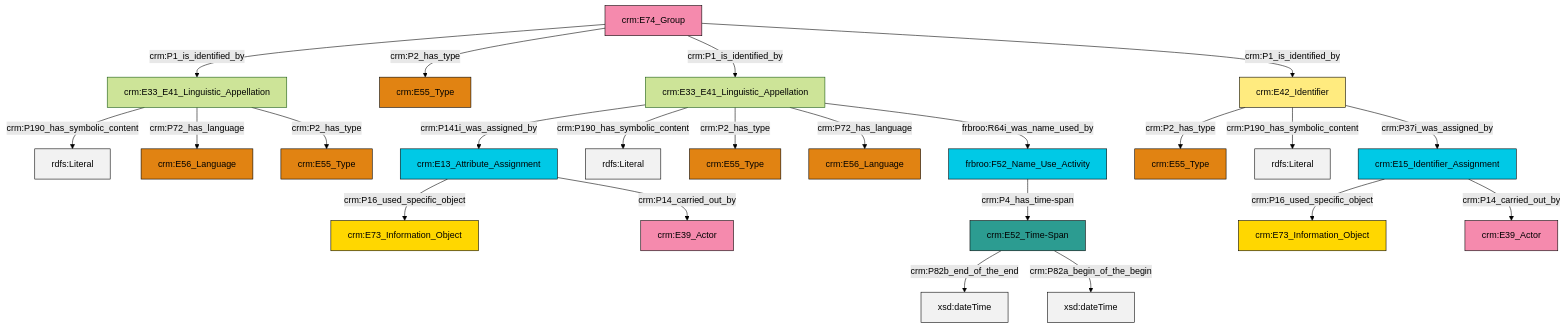
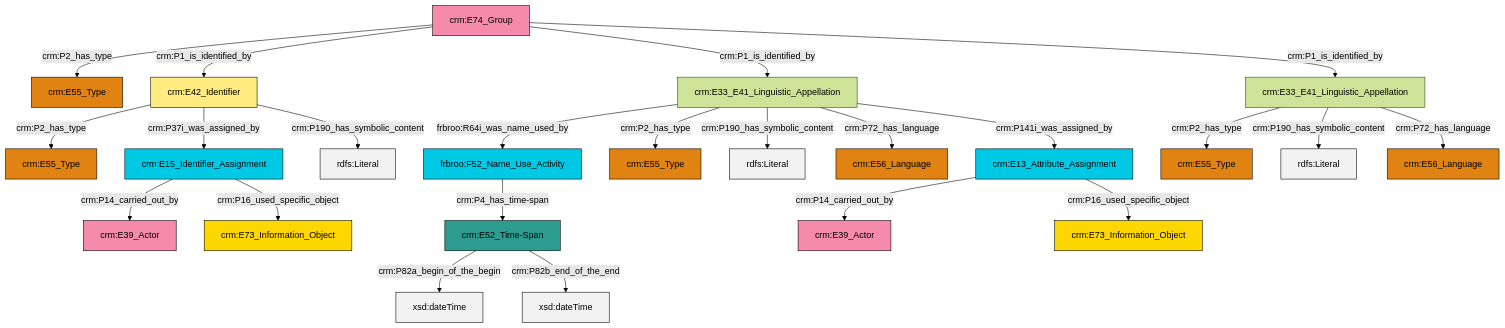
The diagram in et/groupCSV/ttl/mmd/group_name.ttl.mmd (swiss-art-research-net/docs.swissartresearch), drawn with Mermaid (forest theme) before and after one commit. The commit also changed 176 other files, not shown here.

```diff
--- a/et/groupCSV/ttl/mmd/group_name.ttl.mmd
+++ b/et/groupCSV/ttl/mmd/group_name.ttl.mmd
@@ -1,37 +1,37 @@
 graph TD
 classDef Literal fill:#f2f2f2,stroke:#000000;
 classDef CRM_Entity fill:#FFFFFF,stroke:#000000;
 classDef Temporal_Entity fill:#00C9E6, stroke:#000000;
 classDef Type fill:#E18312, stroke:#000000;
 classDef Time-Span fill:#2C9C91, stroke:#000000;
 classDef Appellation fill:#FFEB7F, stroke:#000000;
 classDef Place fill:#008836, stroke:#000000;
 classDef Persistent_Item fill:#B266B2, stroke:#000000;
 classDef Conceptual_Object fill:#FFD700, stroke:#000000;
 classDef Physical_Thing fill:#D2B48C, stroke:#000000;
 classDef Actor fill:#f58aad, stroke:#000000;
 classDef PC_Classes fill:#4ce600, stroke:#000000;
 classDef Multi fill:#cccccc,stroke:#000000;
 
-2["crm:E13_Attribute_Assignment"]:::Temporal_Entity -->|crm:P16_used_specific_object| 3["crm:E73_Information_Object"]:::Conceptual_Object
-17["crm:E33_E41_Linguistic_Appellation"]:::Default -->|crm:P190_has_symbolic_content| 18[rdfs:Literal]:::Literal
-19["crm:E33_E41_Linguistic_Appellation"]:::Default -->|crm:P141i_was_assigned_by| 2["crm:E13_Attribute_Assignment"]:::Temporal_Entity
-0["crm:E74_Group"]:::Actor -->|crm:P1_is_identified_by| 17["crm:E33_E41_Linguistic_Appellation"]:::Default
-0["crm:E74_Group"]:::Actor -->|crm:P2_has_type| 20["crm:E55_Type"]:::Type
-26["crm:E42_Identifier"]:::Appellation -->|crm:P2_has_type| 27["crm:E55_Type"]:::Type
-19["crm:E33_E41_Linguistic_Appellation"]:::Default -->|crm:P190_has_symbolic_content| 28[rdfs:Literal]:::Literal
-0["crm:E74_Group"]:::Actor -->|crm:P1_is_identified_by| 19["crm:E33_E41_Linguistic_Appellation"]:::Default
-26["crm:E42_Identifier"]:::Appellation -->|crm:P190_has_symbolic_content| 33[rdfs:Literal]:::Literal
-17["crm:E33_E41_Linguistic_Appellation"]:::Default -->|crm:P72_has_language| 11["crm:E56_Language"]:::Type
-19["crm:E33_E41_Linguistic_Appellation"]:::Default -->|crm:P2_has_type| 34["crm:E55_Type"]:::Type
-17["crm:E33_E41_Linguistic_Appellation"]:::Default -->|crm:P2_has_type| 13["crm:E55_Type"]:::Type
-9["crm:E15_Identifier_Assignment"]:::Temporal_Entity -->|crm:P16_used_specific_object| 4["crm:E73_Information_Object"]:::Conceptual_Object
-0["crm:E74_Group"]:::Actor -->|crm:P1_is_identified_by| 26["crm:E42_Identifier"]:::Appellation
-22["crm:E52_Time-Span"]:::Time-Span -->|crm:P82b_end_of_the_end| 36[xsd:dateTime]:::Literal
-7["frbroo:F52_Name_Use_Activity"]:::Temporal_Entity -->|crm:P4_has_time-span| 22["crm:E52_Time-Span"]:::Time-Span
-19["crm:E33_E41_Linguistic_Appellation"]:::Default -->|crm:P72_has_language| 31["crm:E56_Language"]:::Type
-9["crm:E15_Identifier_Assignment"]:::Temporal_Entity -->|crm:P14_carried_out_by| 24["crm:E39_Actor"]:::Actor
-19["crm:E33_E41_Linguistic_Appellation"]:::Default -->|frbroo:R64i_was_name_used_by| 7["frbroo:F52_Name_Use_Activity"]:::Temporal_Entity
-2["crm:E13_Attribute_Assignment"]:::Temporal_Entity -->|crm:P14_carried_out_by| 15["crm:E39_Actor"]:::Actor
-26["crm:E42_Identifier"]:::Appellation -->|crm:P37i_was_assigned_by| 9["crm:E15_Identifier_Assignment"]:::Temporal_Entity
-22["crm:E52_Time-Span"]:::Time-Span -->|crm:P82a_begin_of_the_begin| 41[xsd:dateTime]:::Literal
+2["crm:E42_Identifier"]:::Appellation -->|crm:P2_has_type| 3["crm:E55_Type"]:::Type
+2["crm:E42_Identifier"]:::Appellation -->|crm:P37i_was_assigned_by| 4["crm:E15_Identifier_Assignment"]:::Temporal_Entity
+7["crm:E33_E41_Linguistic_Appellation"]:::Default -->|crm:P2_has_type| 5["crm:E55_Type"]:::Type
+0["frbroo:F52_Name_Use_Activity"]:::Temporal_Entity -->|crm:P4_has_time-span| 8["crm:E52_Time-Span"]:::Time-Span
+9["crm:E33_E41_Linguistic_Appellation"]:::Default -->|frbroo:R64i_was_name_used_by| 0["frbroo:F52_Name_Use_Activity"]:::Temporal_Entity
+4["crm:E15_Identifier_Assignment"]:::Temporal_Entity -->|crm:P14_carried_out_by| 11["crm:E39_Actor"]:::Actor
+15["crm:E13_Attribute_Assignment"]:::Temporal_Entity -->|crm:P14_carried_out_by| 16["crm:E39_Actor"]:::Actor
+9["crm:E33_E41_Linguistic_Appellation"]:::Default -->|crm:P2_has_type| 17["crm:E55_Type"]:::Type
+18["crm:E74_Group"]:::Actor -->|crm:P2_has_type| 19["crm:E55_Type"]:::Type
+8["crm:E52_Time-Span"]:::Time-Span -->|crm:P82a_begin_of_the_begin| 23[xsd:dateTime]:::Literal
+7["crm:E33_E41_Linguistic_Appellation"]:::Default -->|crm:P190_has_symbolic_content| 31[rdfs:Literal]:::Literal
+9["crm:E33_E41_Linguistic_Appellation"]:::Default -->|crm:P190_has_symbolic_content| 32[rdfs:Literal]:::Literal
+7["crm:E33_E41_Linguistic_Appellation"]:::Default -->|crm:P72_has_language| 12["crm:E56_Language"]:::Type
+9["crm:E33_E41_Linguistic_Appellation"]:::Default -->|crm:P72_has_language| 20["crm:E56_Language"]:::Type
+18["crm:E74_Group"]:::Actor -->|crm:P1_is_identified_by| 2["crm:E42_Identifier"]:::Appellation
+4["crm:E15_Identifier_Assignment"]:::Temporal_Entity -->|crm:P16_used_specific_object| 29["crm:E73_Information_Object"]:::Conceptual_Object
+2["crm:E42_Identifier"]:::Appellation -->|crm:P190_has_symbolic_content| 38[rdfs:Literal]:::Literal
+18["crm:E74_Group"]:::Actor -->|crm:P1_is_identified_by| 9["crm:E33_E41_Linguistic_Appellation"]:::Default
+18["crm:E74_Group"]:::Actor -->|crm:P1_is_identified_by| 7["crm:E33_E41_Linguistic_Appellation"]:::Default
+8["crm:E52_Time-Span"]:::Time-Span -->|crm:P82b_end_of_the_end| 39[xsd:dateTime]:::Literal
+9["crm:E33_E41_Linguistic_Appellation"]:::Default -->|crm:P141i_was_assigned_by| 15["crm:E13_Attribute_Assignment"]:::Temporal_Entity
+15["crm:E13_Attribute_Assignment"]:::Temporal_Entity -->|crm:P16_used_specific_object| 27["crm:E73_Information_Object"]:::Conceptual_Object
```
